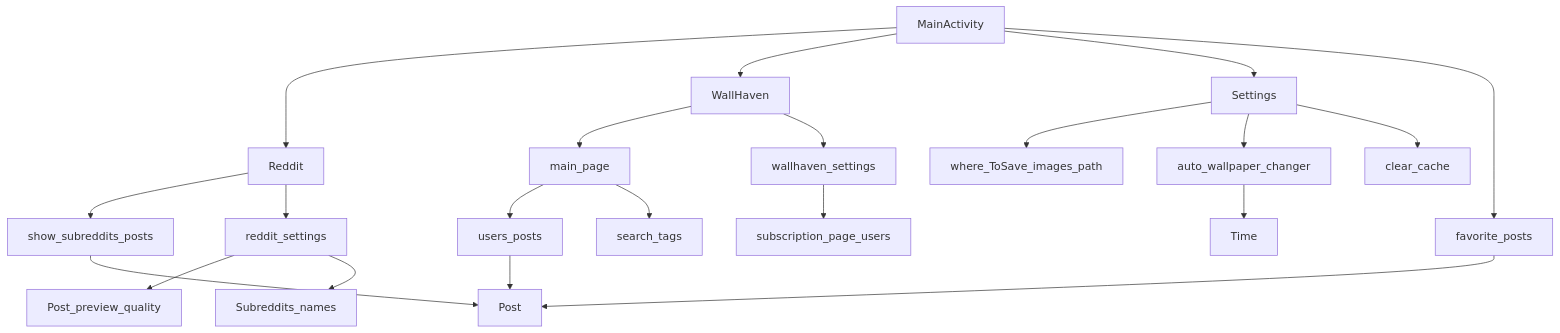
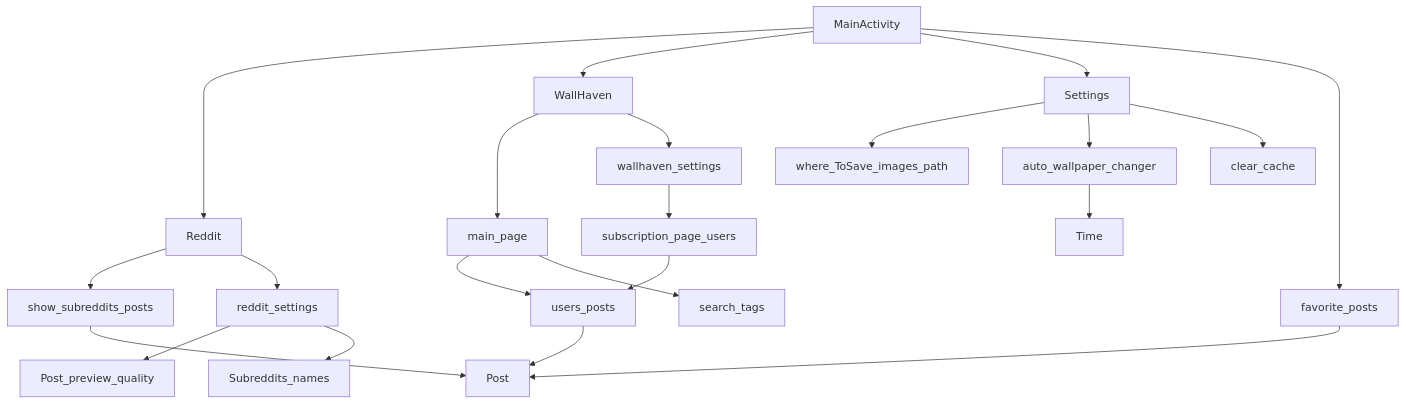
One commit to ahmed-tasaly/WallMe-Wallpaper changed the diagram in README.md. Above: the diagram before and after it, drawn with Mermaid.

````diff
--- a/README.md
+++ b/README.md
@@ -107,16 +107,16 @@
 ```mermaid
 graph TD;
     MainActivity --> Reddit
     MainActivity --> WallHaven
     MainActivity --> Settings
     MainActivity --> favorite_posts --> Post
     Reddit --> show_subreddits_posts --> Post
     Reddit --> reddit_settings --> Post_preview_quality
     reddit_settings --> Subreddits_names
     Settings --> where_ToSave_images_path
     Settings --> auto_wallpaper_changer --> Time
     Settings --> clear_cache
     WallHaven --> main_page --> users_posts --> Post
     main_page --> search_tags 
-    WallHaven --> wallhaven_settings --> subscription_page_users
+    WallHaven --> wallhaven_settings --> subscription_page_users --> users_posts
 ```
````
